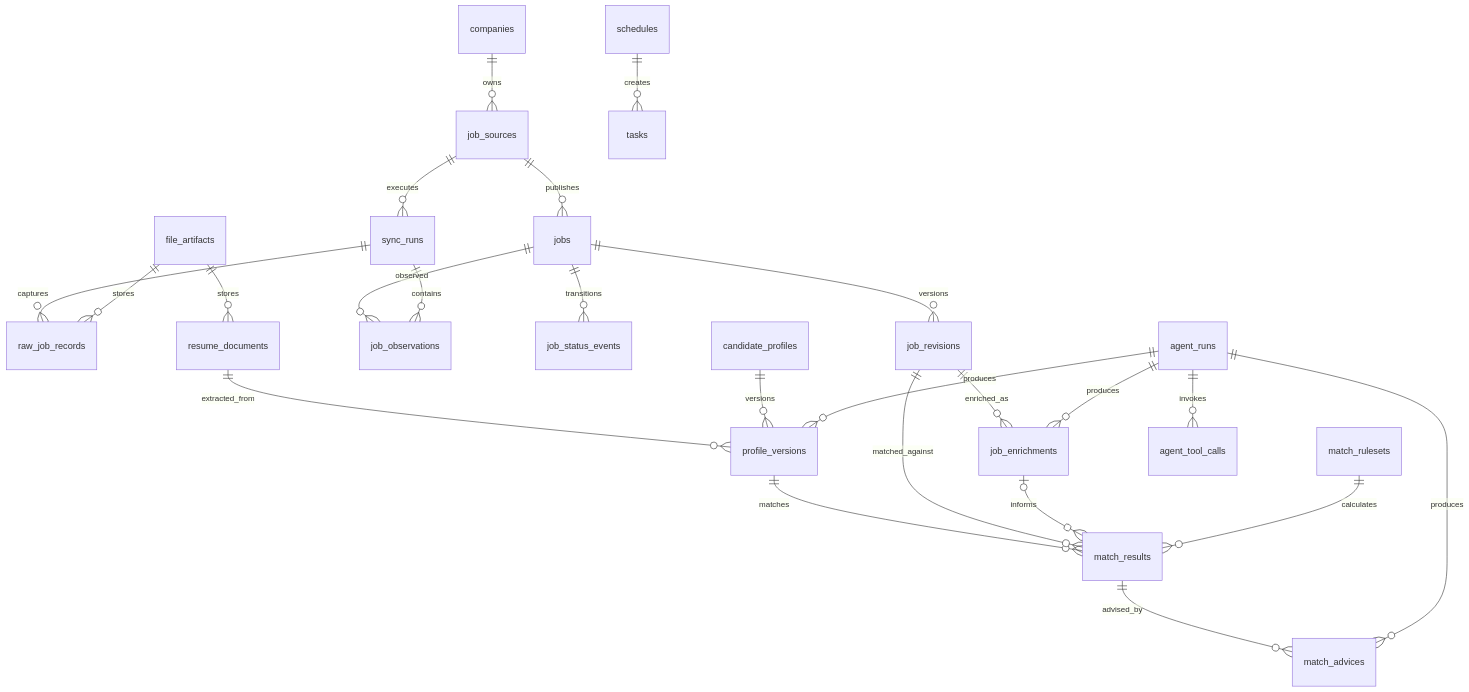
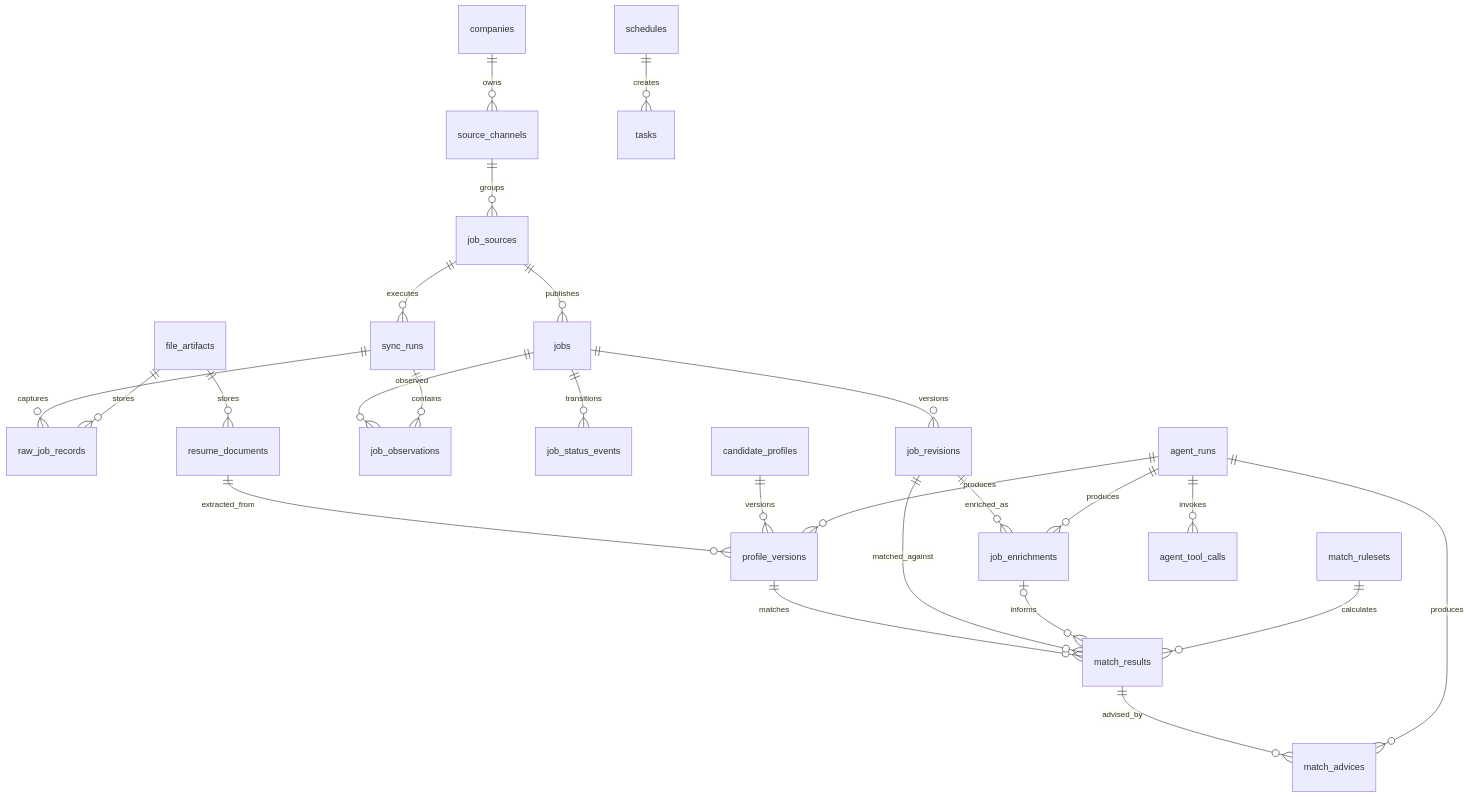
Before and after one commit to MonarchMan/JobHunter: the diagram in docs/arch/data-model.md, drawn with Mermaid. The commit also changed other lines of this file and 244 other files, not shown here.

Commit message:
Refactor application architecture and remove obsolete code

````diff
--- a/docs/arch/data-model.md
+++ b/docs/arch/data-model.md
@@ -25,29 +25,30 @@
 ```mermaid
 erDiagram
-    companies ||--o{ job_sources : owns
+    companies ||--o{ source_channels : owns
+    source_channels ||--o{ job_sources : groups
     job_sources ||--o{ sync_runs : executes
     sync_runs ||--o{ raw_job_records : captures
     job_sources ||--o{ jobs : publishes
     jobs ||--o{ job_revisions : versions
     jobs ||--o{ job_observations : observed
     sync_runs ||--o{ job_observations : contains
     jobs ||--o{ job_status_events : transitions
 
     resume_documents ||--o{ profile_versions : extracted_from
     candidate_profiles ||--o{ profile_versions : versions
     job_revisions ||--o{ job_enrichments : enriched_as
     profile_versions ||--o{ match_results : matches
     job_revisions ||--o{ match_results : matched_against
     job_enrichments o|--o{ match_results : informs
     match_rulesets ||--o{ match_results : calculates
     match_results ||--o{ match_advices : advised_by
 
     agent_runs ||--o{ agent_tool_calls : invokes
     agent_runs ||--o{ profile_versions : produces
     agent_runs ||--o{ job_enrichments : produces
     agent_runs ||--o{ match_advices : produces
 
     schedules ||--o{ tasks : creates
     file_artifacts ||--o{ raw_job_records : stores
     file_artifacts ||--o{ resume_documents : stores
 ```
````
